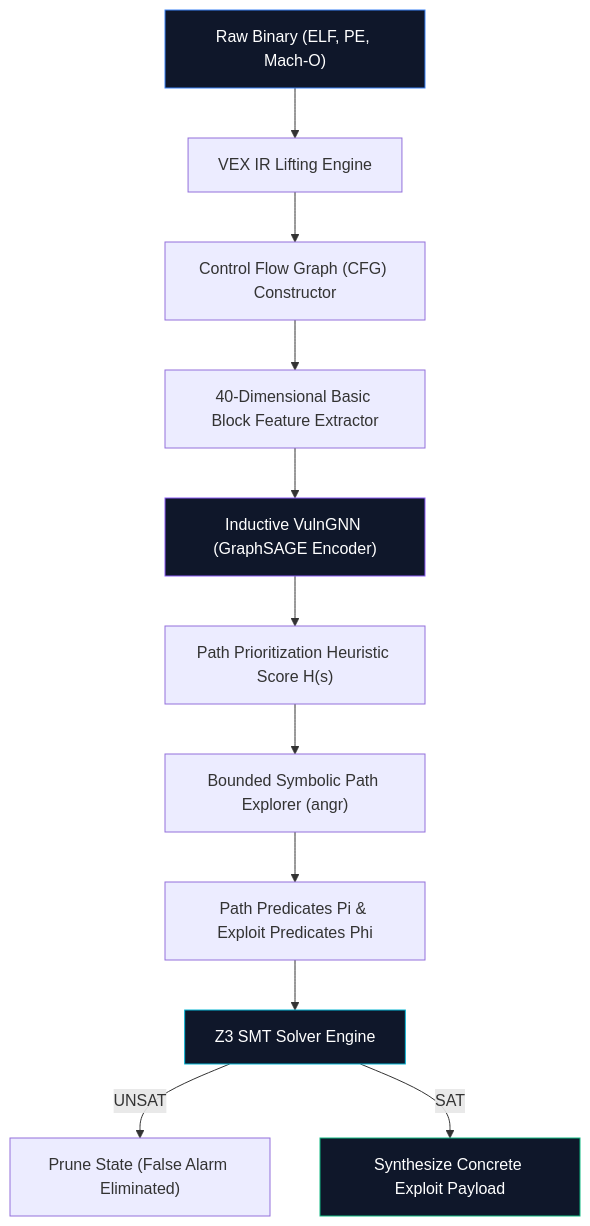
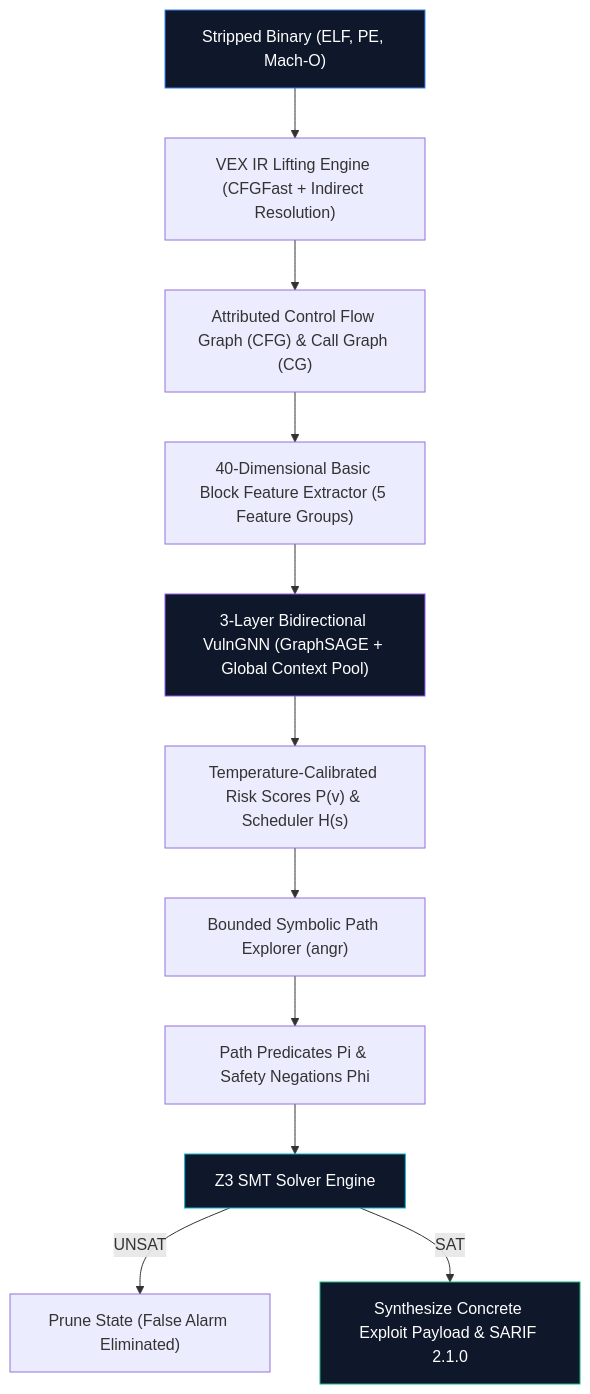
The diagram in docs/ARCHITECTURE.md (youknowme19/graph_z3), drawn with Mermaid before and after one commit. The commit also changed other lines of this file and 112 other files, not shown here.

````diff
--- a/docs/ARCHITECTURE.md
+++ b/docs/ARCHITECTURE.md
@@ -10,18 +10,18 @@
 ```mermaid
 flowchart TD
-    A["Raw Binary (ELF, PE, Mach-O)"] --> B["VEX IR Lifting Engine"]
-    B --> C["Control Flow Graph (CFG) Constructor"]
-    C --> D["40-Dimensional Basic Block Feature Extractor"]
-    D --> E["Inductive VulnGNN (GraphSAGE Encoder)"]
-    E --> F["Path Prioritization Heuristic Score H(s)"]
+    A["Stripped Binary (ELF, PE, Mach-O)"] --> B["VEX IR Lifting Engine (CFGFast + Indirect Resolution)"]
+    B --> C["Attributed Control Flow Graph (CFG) & Call Graph (CG)"]
+    C --> D["40-Dimensional Basic Block Feature Extractor (5 Feature Groups)"]
+    D --> E["3-Layer Bidirectional VulnGNN (GraphSAGE + Global Context Pool)"]
+    E --> F["Temperature-Calibrated Risk Scores P(v) & Scheduler H(s)"]
     F --> G["Bounded Symbolic Path Explorer (angr)"]
-    G --> H["Path Predicates Pi & Exploit Predicates Phi"]
+    G --> H["Path Predicates Pi & Safety Negations Phi"]
     H --> I["Z3 SMT Solver Engine"]
     I -->|UNSAT| J["Prune State (False Alarm Eliminated)"]
-    I -->|SAT| K["Synthesize Concrete Exploit Payload"]
+    I -->|SAT| K["Synthesize Concrete Exploit Payload & SARIF 2.1.0"]
 
     style A fill:#0f172a,stroke:#3b82f6,color:#fff
     style E fill:#0f172a,stroke:#8b5cf6,color:#fff
     style I fill:#0f172a,stroke:#06b6d4,color:#fff
     style K fill:#0f172a,stroke:#10b981,color:#fff
 ```
````
